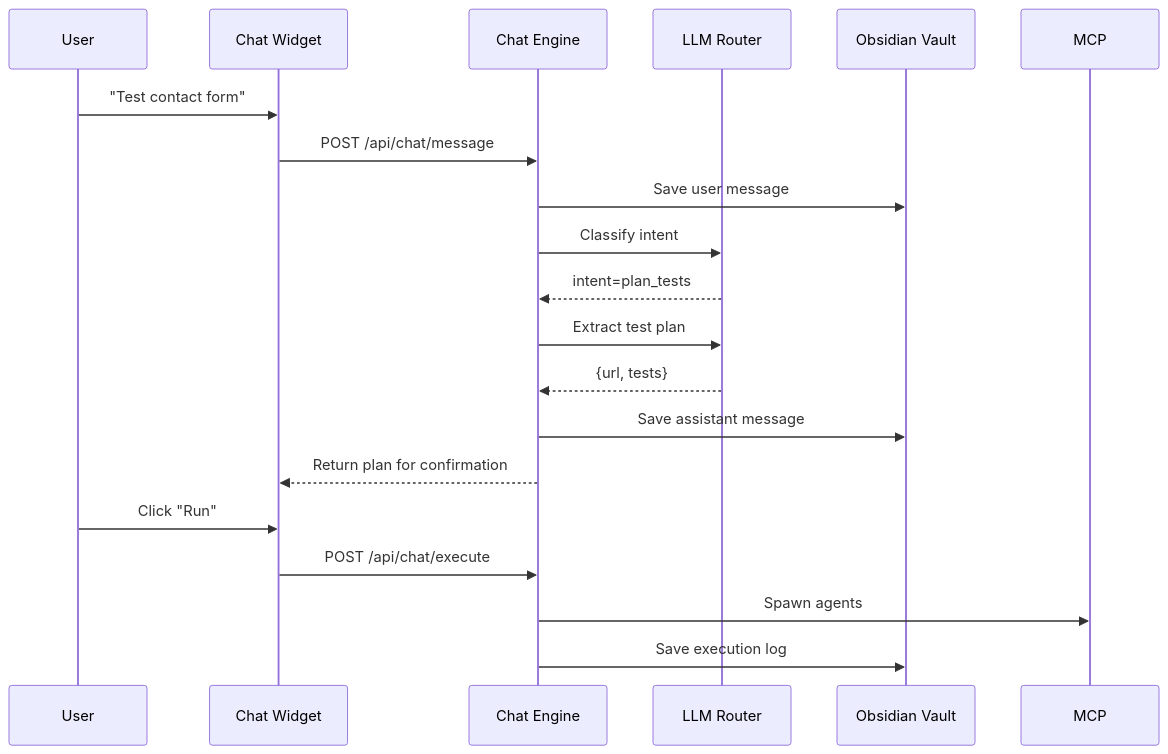
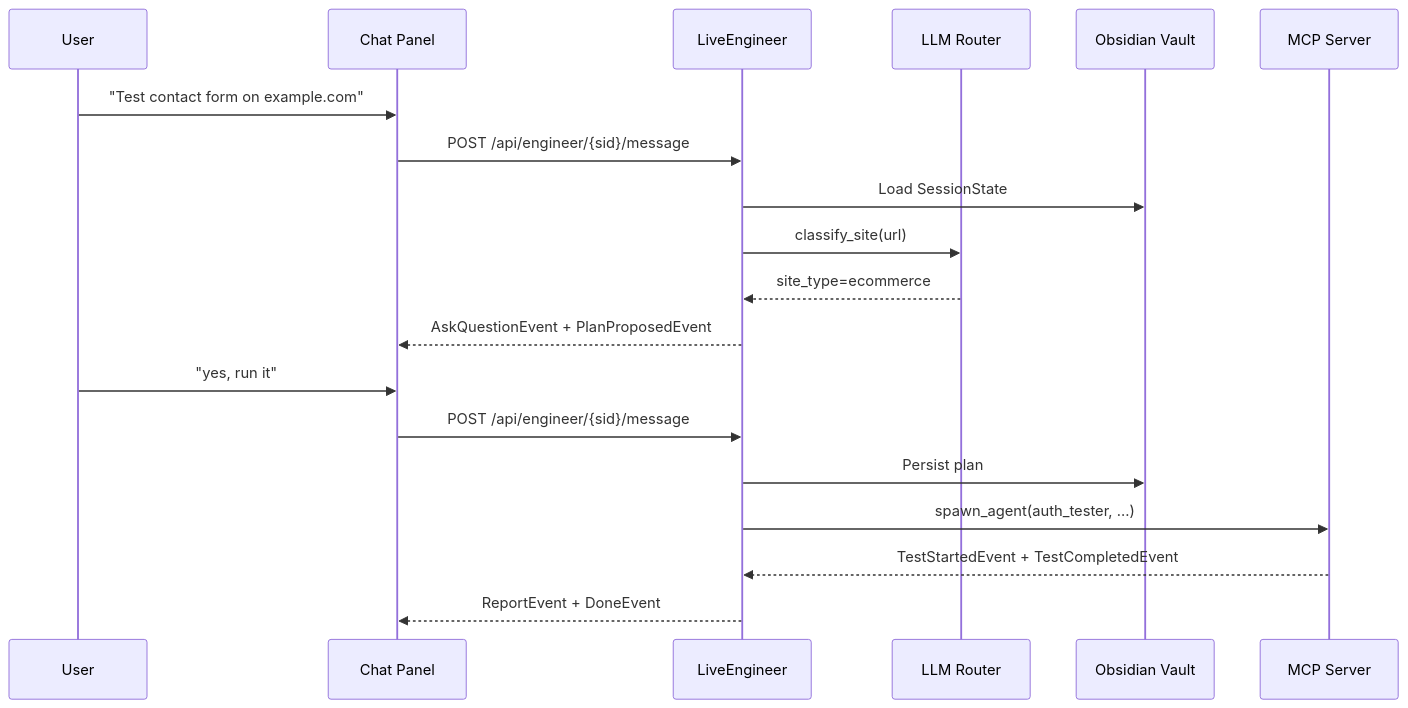
One commit to Artflarex-Limited/vectra-qa changed the fifth of 5 diagrams in docs/architecture/overview.md. Above: the diagram before and after it, drawn with Mermaid. The commit also changed other lines of this file and 16 other files, not shown here.

First line of the commit message:
docs: replace chatbot docs with live-engineer docs

````diff
--- a/docs/architecture/overview.md
+++ b/docs/architecture/overview.md
@@ -282,22 +282,22 @@
 ```mermaid
 sequenceDiagram
     participant U as User
-    participant CH as Chat Widget
-    participant CE as Chat Engine
+    participant P as Chat Panel
+    participant LE as LiveEngineer
     participant LLM as LLM Router
     participant V as Obsidian Vault
+    participant MCP as MCP Server
 
-    U->>CH: "Test contact form"
-    CH->>CE: POST /api/chat/message
-    CE->>V: Save user message
-    CE->>LLM: Classify intent
-    LLM-->>CE: intent=plan_tests
-    CE->>LLM: Extract test plan
-    LLM-->>CE: {url, tests}
-    CE->>V: Save assistant message
-    CE-->>CH: Return plan for confirmation
-    U->>CH: Click "Run"
-    CH->>CE: POST /api/chat/execute
-    CE->>MCP: Spawn agents
-    CE->>V: Save execution log
+    U->>P: "Test contact form on example.com"
+    P->>LE: POST /api/engineer/{sid}/message
+    LE->>V: Load SessionState
+    LE->>LLM: classify_site(url)
+    LLM-->>LE: site_type=ecommerce
+    LE-->>P: AskQuestionEvent + PlanProposedEvent
+    U->>P: "yes, run it"
+    P->>LE: POST /api/engineer/{sid}/message
+    LE->>V: Persist plan
+    LE->>MCP: spawn_agent(auth_tester, ...)
+    MCP-->>LE: TestStartedEvent + TestCompletedEvent
+    LE-->>P: ReportEvent + DoneEvent
 ```
````
